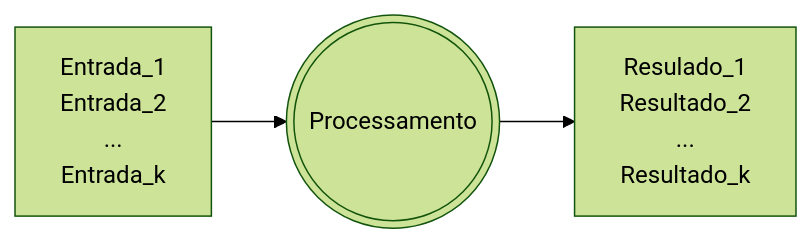
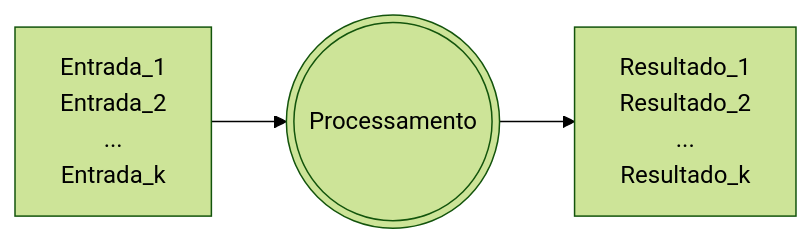
Before and after one commit to msperlin/site-slides: the first of 2 diagrams in slides/ADFER/06-Programação-com-o-R/ADFER_06_SLIDES_programação-com-o-R.qmd, drawn with Mermaid (forest theme). The commit also changed other lines of this file and 5 other files, not shown here.

````diff
--- a/slides/ADFER/06-Programação-com-o-R/ADFER_06_SLIDES_programação-com-o-R.qmd
+++ b/slides/ADFER/06-Programação-com-o-R/ADFER_06_SLIDES_programação-com-o-R.qmd
@@ -66,8 +82,8 @@
 ```{mermaid}
 %%| fig-cap: "Diagrama de uma função"
 %%| echo: false
 
 flowchart LR
-A[Entrada_1 \n Entrada_2 \n ... \n Entrada_k] --> B(((Processamento)))
-B --> C[Resulado_1 \n Resultado_2 \n ... \n Resultado_k]
+A[Entrada_1 <br> Entrada_2 <br> ... <br> Entrada_k] --> B(((Processamento)))
+B --> C[Resultado_1 <br> Resultado_2 <br> ... <br> Resultado_k]
 ```
````
